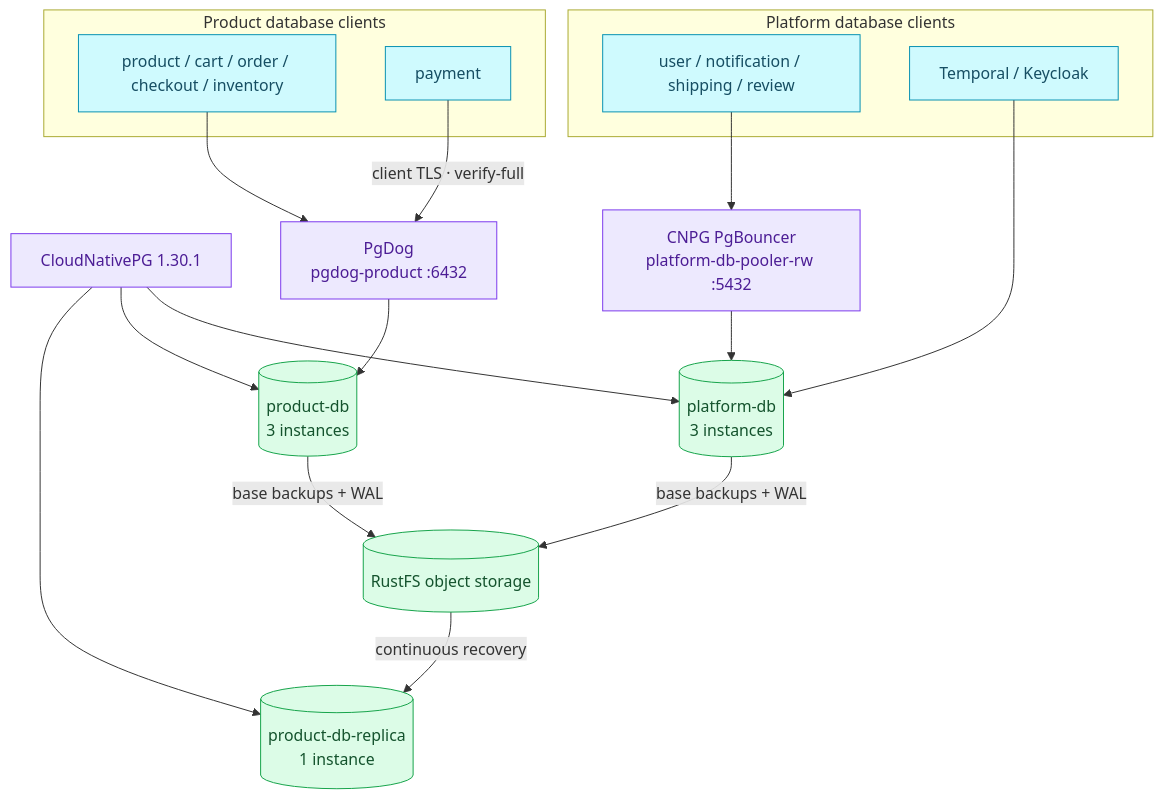
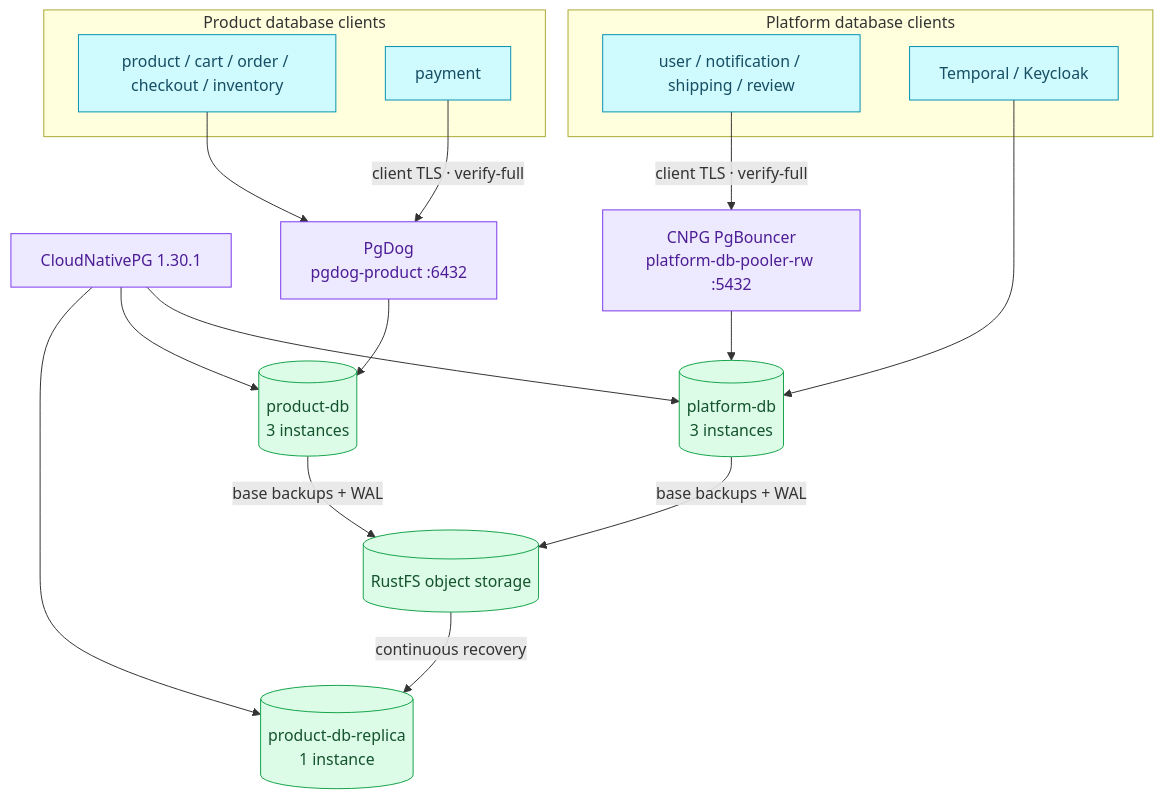
Before and after one commit to duynhlab/homelab: the diagram in docs/databases/architecture.md, drawn with Mermaid. The commit also changed other lines of this file and 18 other files, not shown here.

First line of the commit message:
Verify PgBouncer from platform-db services (#1294)

````diff
--- a/docs/databases/architecture.md
+++ b/docs/databases/architecture.md
@@ -24,39 +24,39 @@
 ```mermaid
 flowchart TB
     CNPG["CloudNativePG 1.30.1"]
 
     subgraph PlatformClients["Platform database clients"]
         PlatformApps["user / notification / shipping / review"]
         DirectPlatform["Temporal / Keycloak"]
     end
 
     subgraph ProductClients["Product database clients"]
         ProductApps["product / cart / order / checkout / inventory"]
         Payment["payment"]
     end
 
     PgBouncer["CNPG PgBouncer<br/>platform-db-pooler-rw :5432"]
     PgDog["PgDog<br/>pgdog-product :6432"]
     Platform[("platform-db<br/>3 instances")]
     Product[("product-db<br/>3 instances")]
     DR[("product-db-replica<br/>1 instance")]
     Store[("RustFS object storage")]
 
     CNPG --> Platform
     CNPG --> Product
     CNPG --> DR
-    PlatformApps --> PgBouncer --> Platform
+    PlatformApps -->|"client TLS · verify-full"| PgBouncer --> Platform
     DirectPlatform --> Platform
     ProductApps --> PgDog --> Product
     Payment -->|"client TLS · verify-full"| PgDog
     Platform -->|"base backups + WAL"| Store
     Product -->|"base backups + WAL"| Store
     Store -->|"continuous recovery"| DR
 
     classDef service fill:#cffafe,color:#164e63,stroke:#0891b2;
     classDef platform fill:#ede9fe,color:#4c1d95,stroke:#7c3aed;
     classDef data fill:#dcfce7,color:#14532d,stroke:#16a34a;
     class CNPG,PgBouncer,PgDog platform;
     class PlatformApps,DirectPlatform,ProductApps,Payment service;
     class Platform,Product,DR,Store data;
 ```
````
